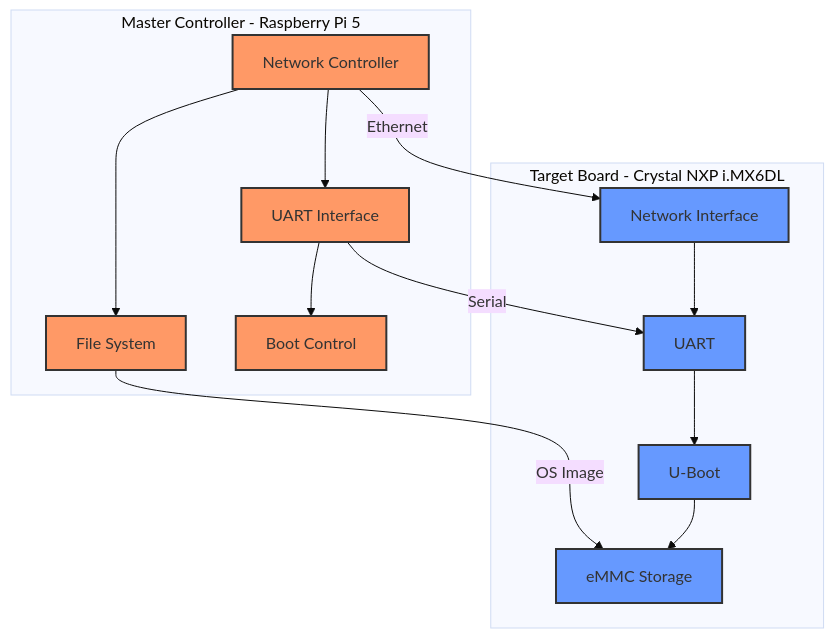
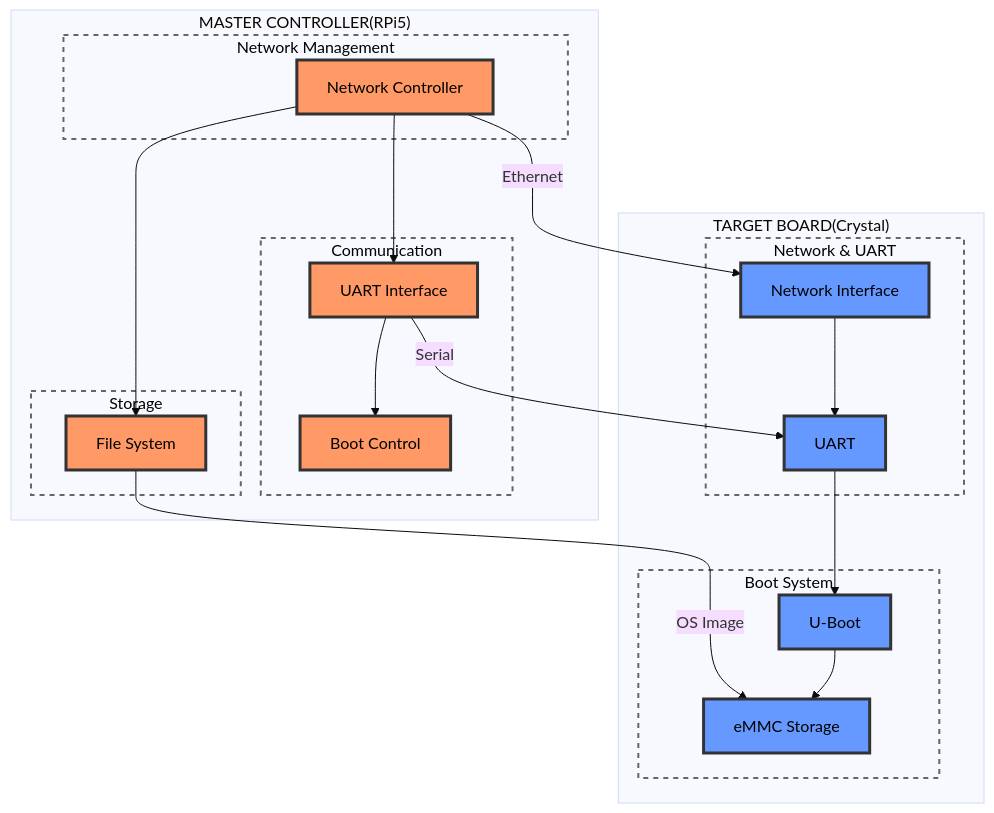
Before and after one commit to KobolMan/CrystalAutoSetup: the second of 2 diagrams in AutomaticProcedure/readme.md, drawn with Mermaid (base theme). The commit also changed other lines of this file, not shown here.

````diff
--- a/AutomaticProcedure/readme.md
+++ b/AutomaticProcedure/readme.md
@@ -31,24 +89,46 @@
 ```mermaid
 graph TB
-    subgraph Master[Master Controller - Raspberry Pi 5]
-        M1[Network Controller] --> M2[UART Interface]
-        M1 --> M3[File System]
-        M2 --> M4[Boot Control]
+    subgraph master["MASTER CONTROLLER(RPi5)"]
+        subgraph Network["Network Management"]
+            M1[Network Controller]
+        end
+        subgraph Communication["Communication"]
+            M2[UART Interface]
+            M4[Boot Control]
+        end
+        subgraph Storage["Storage"]
+            M3[File System]
+        end
+        M1 --> M2
+        M1 --> M3
+        M2 --> M4
     end
 
-    subgraph Target[Target Board - Crystal NXP i.MX6DL]
-        T1[Network Interface] --> T2[UART]
-        T2 --> T3[U-Boot]
-        T3 --> T4[eMMC Storage]
+    subgraph target["TARGET BOARD(Crystal)"]
+        subgraph InterfaceGroup["Network & UART"]
+            T1[Network Interface]
+            T2[UART]
+        end
+        subgraph Boot["Boot System"]
+            T3[U-Boot]
+            T4[eMMC Storage]
+        end
+        T1 --> T2
+        T2 --> T3
+        T3 --> T4
     end
 
     M1 -->|Ethernet| T1
     M2 -->|Serial| T2
     M3 -->|OS Image| T4
 
-    classDef master fill:#f96,stroke:#333,stroke-width:2px
-    classDef target fill:#69f,stroke:#333,stroke-width:2px
-    
+    classDef master fill:#ff9966,stroke:#333,stroke-width:3px,color:#000
+    classDef target fill:#6699ff,stroke:#333,stroke-width:3px,color:#000
+    classDef subgroup fill:none,stroke:#666,stroke-width:2px,stroke-dasharray:5 5,color:#000
+    classDef default color:#000
+
     class M1,M2,M3,M4 master
     class T1,T2,T3,T4 target
+    class Network,Communication,Storage,InterfaceGroup,Boot subgroup
+
 ```
````
